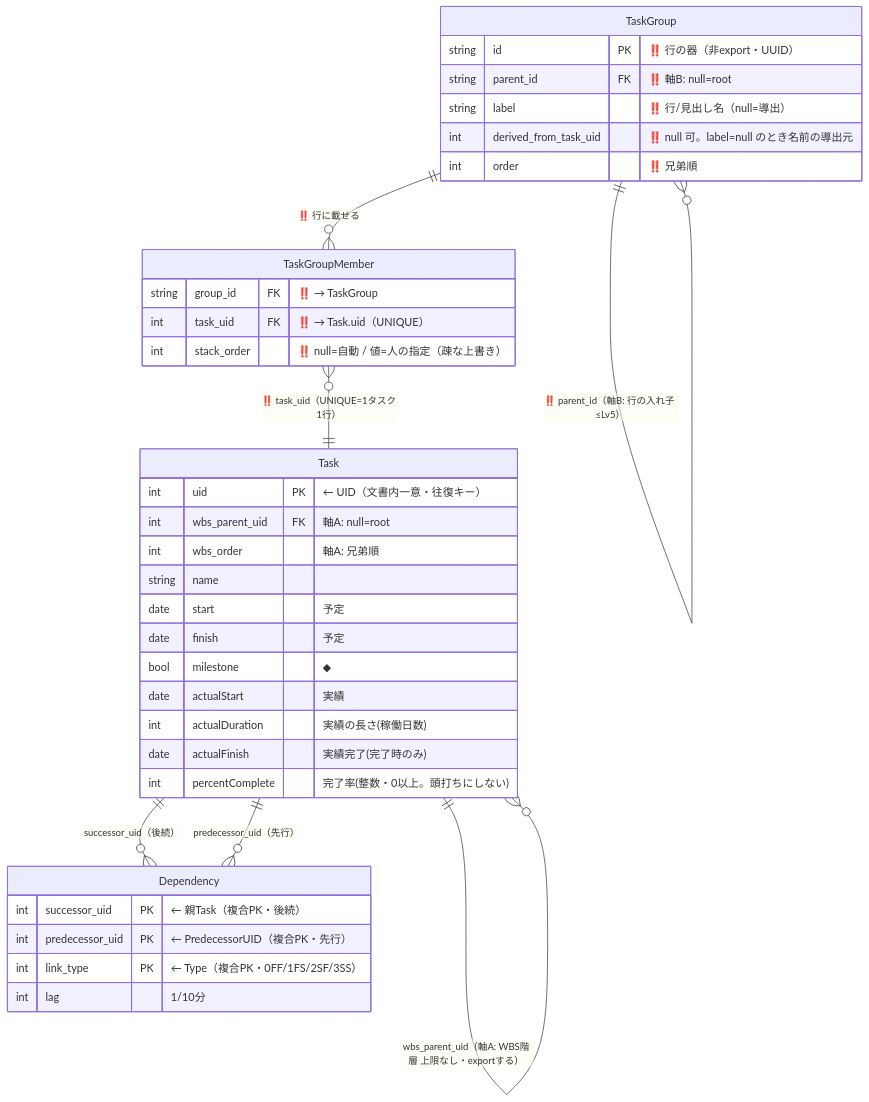
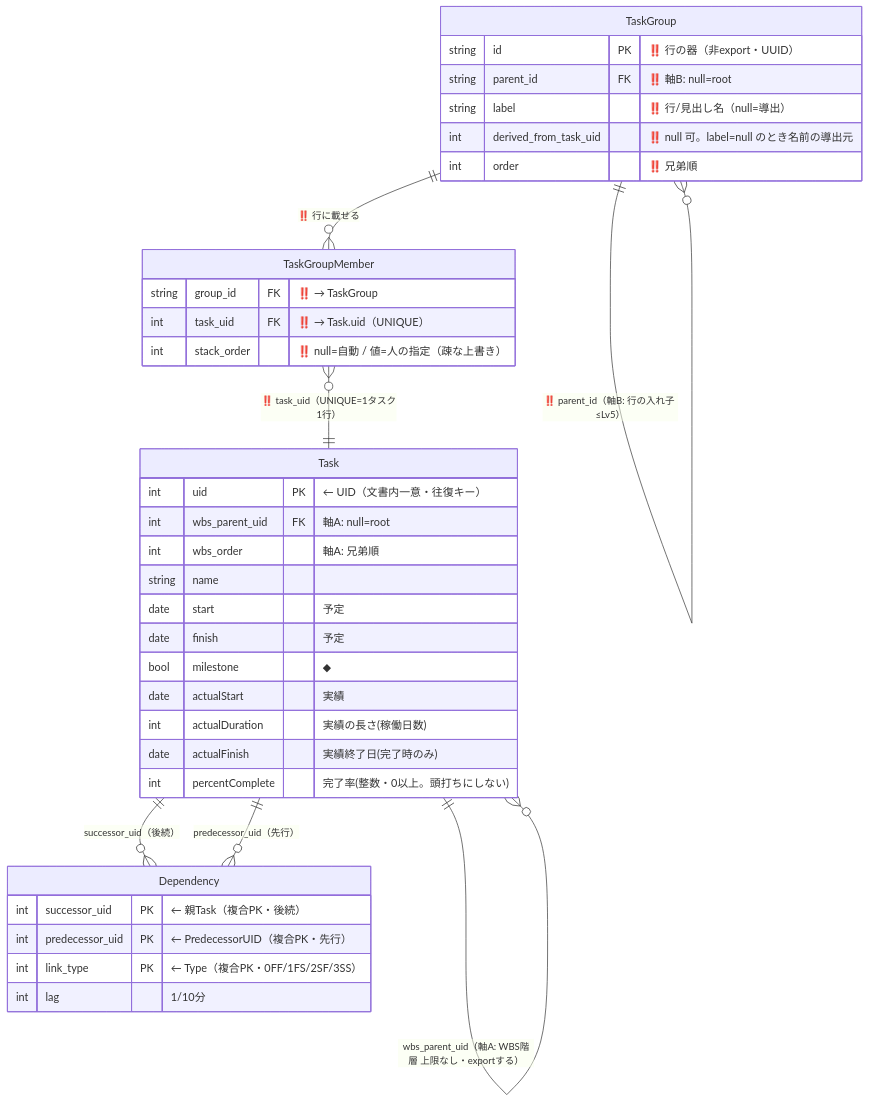
One commit to GoodRelax/gr-scheduler changed the first of 2 diagrams in handover/02-data-model/grs-native-erd-ja.md. Above: the diagram before and after it, drawn with Mermaid. The commit also changed other lines of this file and 12 other files, not shown here.

````diff
--- a/handover/02-data-model/grs-native-erd-ja.md
+++ b/handover/02-data-model/grs-native-erd-ja.md
@@ -151,41 +151,41 @@
 ```mermaid
 erDiagram
     Task ||--o{ Task : "wbs_parent_uid（軸A: WBS階層 上限なし・exportする）"
     TaskGroup ||--o{ TaskGroup : "‼️ parent_id（軸B: 行の入れ子 ≤Lv5）"
     TaskGroup ||--o{ TaskGroupMember : "‼️ 行に載せる"
     TaskGroupMember }o--|| Task : "‼️ task_uid（UNIQUE=1タスク1行）"
     Task ||--o{ Dependency : "successor_uid（後続）"
     Task ||--o{ Dependency : "predecessor_uid（先行）"
 
     Task {
         int uid PK "← UID（文書内一意・往復キー）"
         int wbs_parent_uid FK "軸A: null=root"
         int wbs_order "軸A: 兄弟順"
         string name
         date start "予定"
         date finish "予定"
         bool milestone "◆"
         date actualStart "実績"
         int actualDuration "実績の長さ(稼働日数)"
-        date actualFinish "実績完了(完了時のみ)"
+        date actualFinish "実績終了日(完了時のみ)"
         int percentComplete "完了率(整数・0以上。頭打ちにしない)"
     }
     TaskGroup {
         string id PK "‼️ 行の器（非export・UUID）"
         string parent_id FK "‼️ 軸B: null=root"
         string label "‼️ 行/見出し名（null=導出）"
         int derived_from_task_uid "‼️ null 可。label=null のとき名前の導出元"
         int order "‼️ 兄弟順"
     }
     TaskGroupMember {
         string group_id FK "‼️ → TaskGroup"
         int task_uid FK "‼️ → Task.uid（UNIQUE）"
         int stack_order "‼️ null=自動 / 値=人の指定（疎な上書き）"
     }
     Dependency {
         int successor_uid PK "← 親Task（複合PK・後続）"
         int predecessor_uid PK "← PredecessorUID（複合PK・先行）"
         int link_type PK "← Type（複合PK・0FF/1FS/2SF/3SS）"
         int lag "1/10分"
     }
 ```
````
